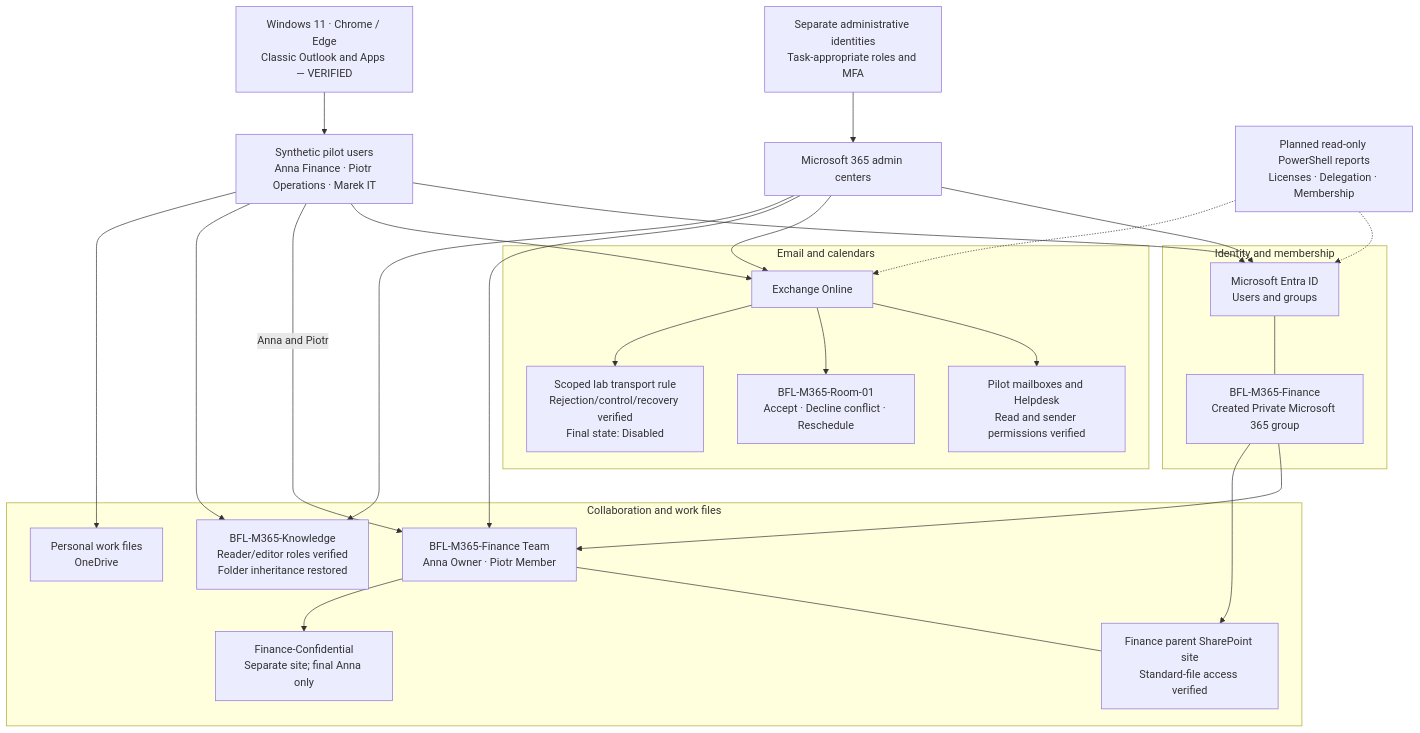
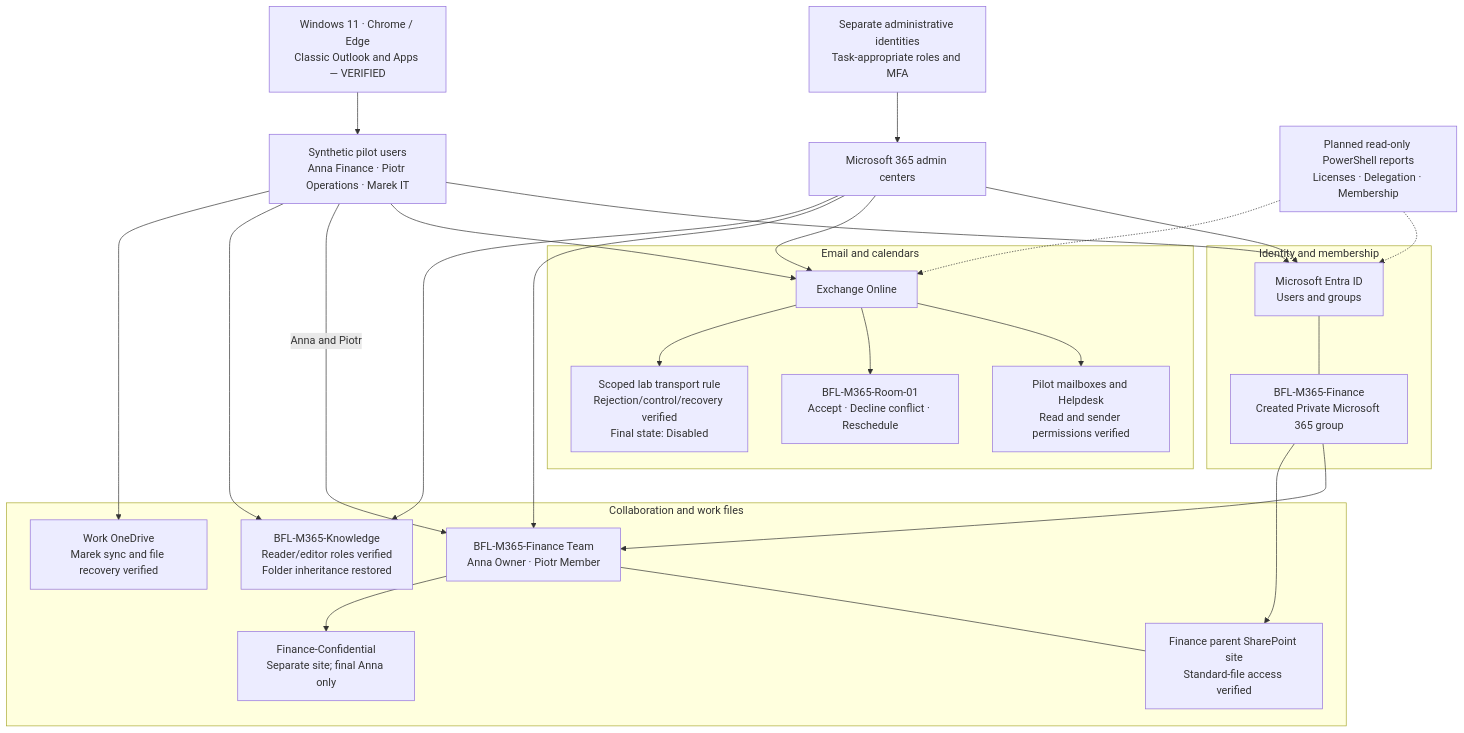
One commit to krzysztof-szot/m365-administration-support-project changed the diagram in README.md. Above: the diagram before and after it, drawn with Mermaid. The commit also changed other lines of this file and 19 other files, not shown here.

Commit message:
Complete Stage 09 OneDrive synchronization and file recovery

````diff
--- a/README.md
+++ b/README.md
@@ -235,51 +238,51 @@
 ```mermaid
 flowchart TB
     ADMIN["Separate administrative identities<br/>Task-appropriate roles and MFA"]
     CENTERS["Microsoft 365 admin centers"]
     PILOTS["Synthetic pilot users<br/>Anna Finance · Piotr Operations · Marek IT"]
     CLIENT["Windows 11 · Chrome / Edge<br/>Classic Outlook and Apps — VERIFIED"]
 
     subgraph IDENTITY["Identity and membership"]
         ENTRA["Microsoft Entra ID<br/>Users and groups"]
         GROUP["BFL-M365-Finance<br/>Created Private Microsoft 365 group"]
     end
 
     subgraph MESSAGING["Email and calendars"]
         EXO["Exchange Online"]
         MAIL["Pilot mailboxes and Helpdesk<br/>Read and sender permissions verified"]
         ROOM["BFL-M365-Room-01<br/>Accept · Decline conflict · Reschedule"]
         RULE["Scoped lab transport rule<br/>Rejection/control/recovery verified<br/>Final state: Disabled"]
     end
 
     subgraph COLLABORATION["Collaboration and work files"]
         TEAM["BFL-M365-Finance Team<br/>Anna Owner · Piotr Member"]
         PARENT["Finance parent SharePoint site<br/>Standard-file access verified"]
         PRIVATE["Finance-Confidential<br/>Separate site; final Anna only"]
         KNOWLEDGE["BFL-M365-Knowledge<br/>Reader/editor roles verified<br/>Folder inheritance restored"]
-        ONEDRIVE["Personal work files<br/>OneDrive"]
+        ONEDRIVE["Work OneDrive<br/>Marek sync and file recovery verified"]
     end
 
     REPORTS["Planned read-only PowerShell reports<br/>Licenses · Delegation · Membership"]
 
     ADMIN --> CENTERS
     CENTERS --> ENTRA
     CENTERS --> EXO
     CENTERS --> TEAM
     CENTERS --> KNOWLEDGE
     PILOTS --> ENTRA
     CLIENT --> PILOTS
     PILOTS --> EXO
     PILOTS -->|Anna and Piotr| TEAM
     PILOTS --> KNOWLEDGE
     PILOTS --> ONEDRIVE
     ENTRA --- GROUP
     GROUP --> TEAM
     GROUP --> PARENT
     EXO --> MAIL
     EXO --> ROOM
     EXO --> RULE
     TEAM --- PARENT
     TEAM --> PRIVATE
     REPORTS -.-> ENTRA
     REPORTS -.-> EXO
 ```
````
